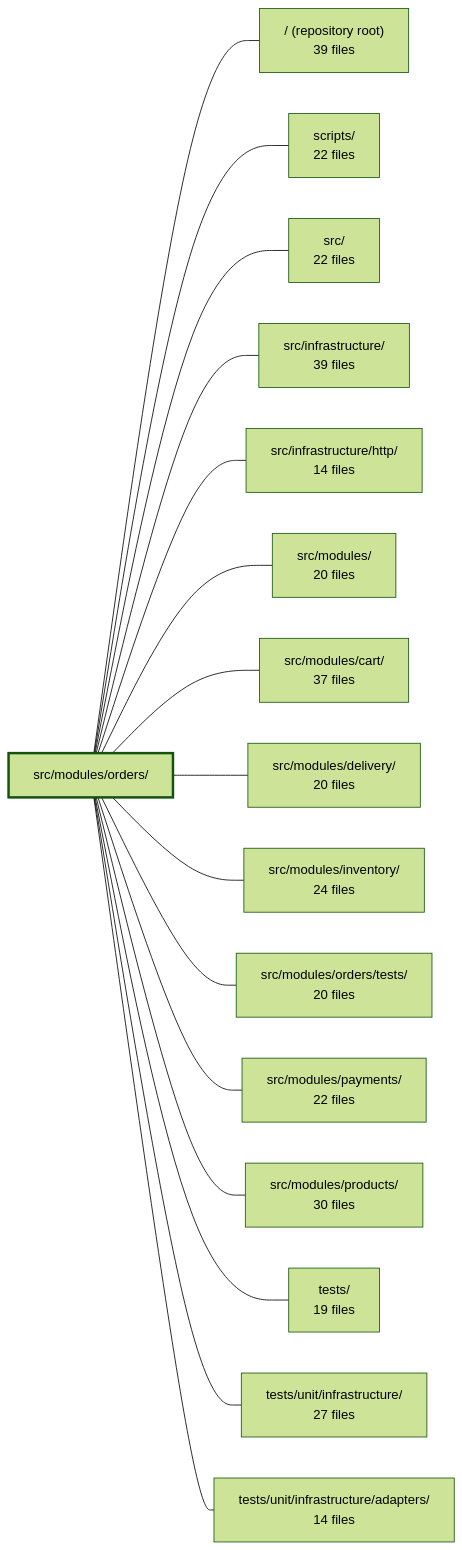
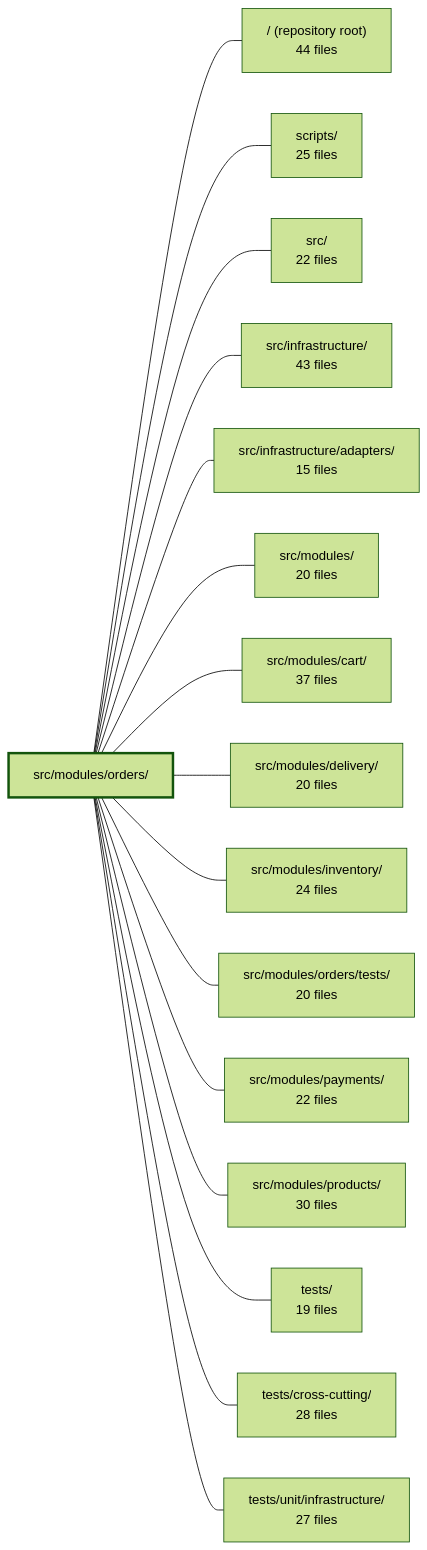
One commit to Guebbit/boilerplate-node-backend changed the diagram in .2repo/modules/boilerplate-node-backend_src_modules_orders.md. Above: the diagram before and after it, drawn with Mermaid (forest theme). The commit also changed other lines of this file and 625 other files, not shown here.

````diff
--- a/.2repo/modules/boilerplate-node-backend_src_modules_orders.md
+++ b/.2repo/modules/boilerplate-node-backend_src_modules_orders.md
@@ -46,35 +40,35 @@
 ```mermaid
 flowchart LR
     m_src_modules_orders["src/modules/orders/"]
-    m_root["/ (repository root)<br/>39 files"]
-    m_scripts["scripts/<br/>22 files"]
+    m_root["/ (repository root)<br/>44 files"]
+    m_scripts["scripts/<br/>25 files"]
     m_src["src/<br/>22 files"]
-    m_src_infrastructure["src/infrastructure/<br/>39 files"]
-    m_src_infrastructure_http["src/infrastructure/http/<br/>14 files"]
+    m_src_infrastructure["src/infrastructure/<br/>43 files"]
+    m_src_infrastructure_adapters["src/infrastructure/adapters/<br/>15 files"]
     m_src_modules["src/modules/<br/>20 files"]
     m_src_modules_cart["src/modules/cart/<br/>37 files"]
     m_src_modules_delivery["src/modules/delivery/<br/>20 files"]
     m_src_modules_inventory["src/modules/inventory/<br/>24 files"]
     m_src_modules_orders_tests["src/modules/orders/tests/<br/>20 files"]
     m_src_modules_payments["src/modules/payments/<br/>22 files"]
     m_src_modules_products["src/modules/products/<br/>30 files"]
     m_tests["tests/<br/>19 files"]
+    m_tests_cross_cutting["tests/cross-cutting/<br/>28 files"]
     m_tests_unit_infrastructure["tests/unit/infrastructure/<br/>27 files"]
-    m_tests_unit_infrastructure_adapters["tests/unit/infrastructure/adapters/<br/>14 files"]
     m_src_modules_orders --- m_root
     m_src_modules_orders --- m_scripts
     m_src_modules_orders --- m_src
     m_src_modules_orders --- m_src_infrastructure
-    m_src_modules_orders --- m_src_infrastructure_http
+    m_src_modules_orders --- m_src_infrastructure_adapters
     m_src_modules_orders --- m_src_modules
     m_src_modules_orders --- m_src_modules_cart
     m_src_modules_orders --- m_src_modules_delivery
     m_src_modules_orders --- m_src_modules_inventory
     m_src_modules_orders --- m_src_modules_orders_tests
     m_src_modules_orders --- m_src_modules_payments
     m_src_modules_orders --- m_src_modules_products
     m_src_modules_orders --- m_tests
+    m_src_modules_orders --- m_tests_cross_cutting
     m_src_modules_orders --- m_tests_unit_infrastructure
-    m_src_modules_orders --- m_tests_unit_infrastructure_adapters
     style m_src_modules_orders stroke-width:3px
 ```
````
